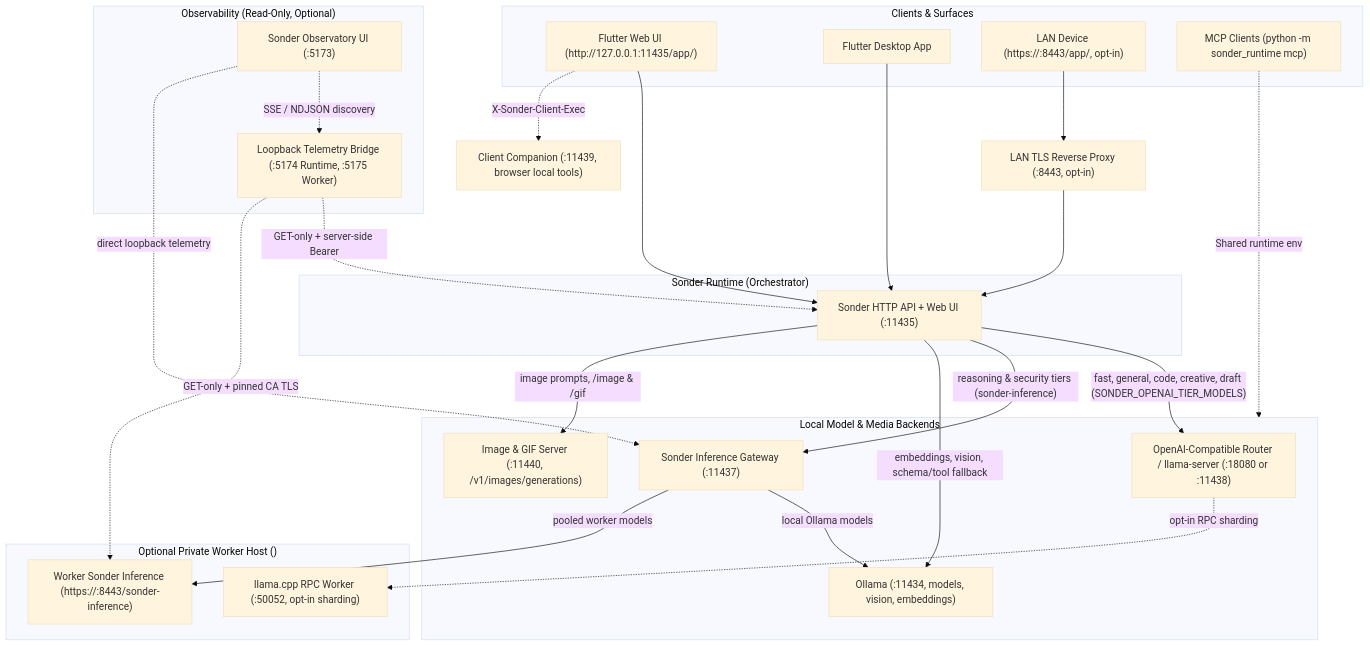
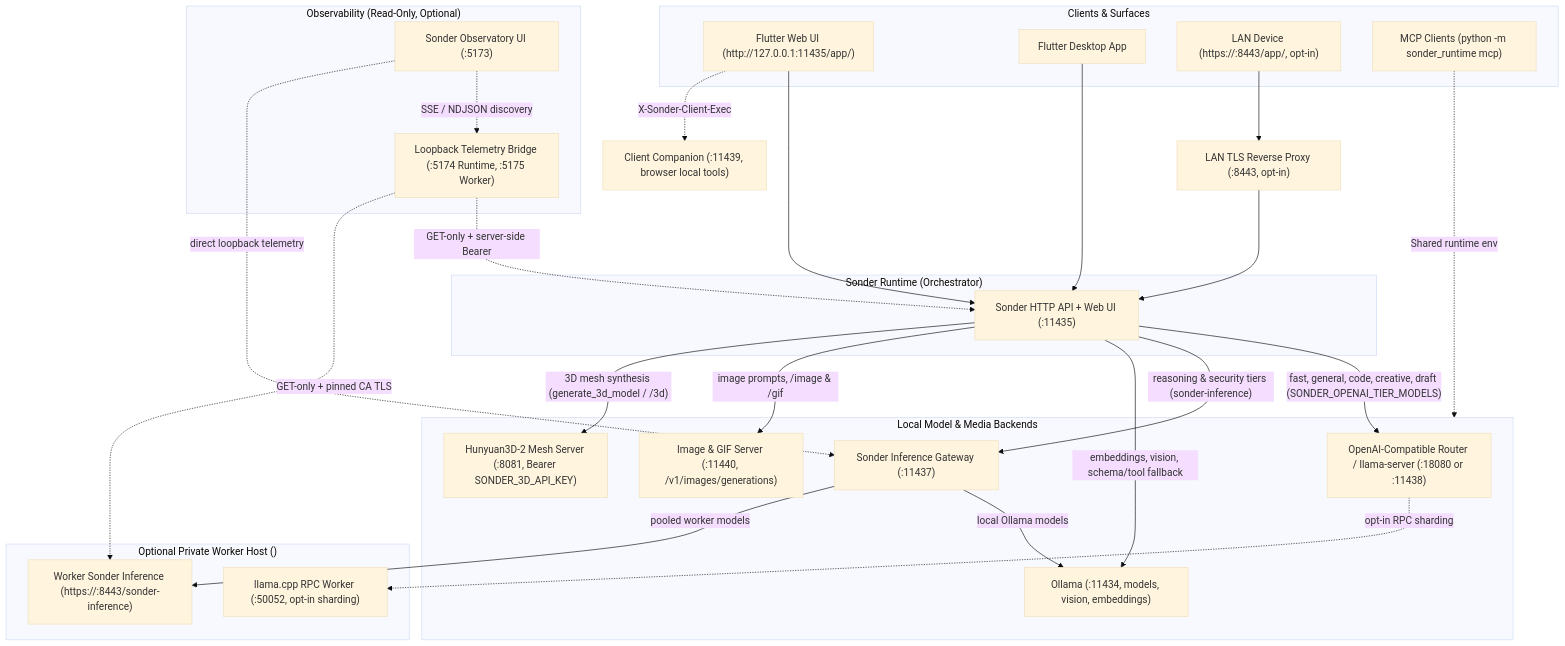
The first of 2 diagrams in docs/runbooks/local-server-stack.md (Krilliac/Sonder-runtime), drawn with Mermaid (base theme) before and after one commit. The commit also changed other lines of this file and 27 other files, not shown here.

````diff
--- a/docs/runbooks/local-server-stack.md
+++ b/docs/runbooks/local-server-stack.md
@@ -18,53 +18,55 @@
 ```mermaid
 flowchart TB
     subgraph Clients["Clients & Surfaces"]
         Web["Flutter Web UI (http://127.0.0.1:11435/app/)"]
         Desktop["Flutter Desktop App"]
         LAN["LAN Device (https://<lan-ip>:8443/app/, opt-in)"]
         MCP["MCP Clients (python -m sonder_runtime mcp)"]
     end
 
     Proxy["LAN TLS Reverse Proxy (:8443, opt-in)"]
     Companion["Client Companion (:11439, browser local tools)"]
 
     subgraph Core["Sonder Runtime (Orchestrator)"]
         API["Sonder HTTP API + Web UI (:11435)"]
     end
 
     subgraph LocalBackends["Local Model & Media Backends"]
         OpenAIRouter["OpenAI-Compatible Router / llama-server (:18080 or :11438)"]
         SonderInfer["Sonder Inference Gateway (:11437)"]
         Ollama["Ollama (:11434, models, vision, embeddings)"]
         SDServer["Image & GIF Server (:11440, /v1/images/generations)"]
+        Hunyuan3D["Hunyuan3D-2 Mesh Server (:8081, Bearer SONDER_3D_API_KEY)"]
     end
 
     subgraph Observability["Observability (Read-Only, Optional)"]
         ObsUI["Sonder Observatory UI (:5173)"]
         ObsBridge["Loopback Telemetry Bridge (:5174 Runtime, :5175 Worker)"]
     end
 
     subgraph Worker["Optional Private Worker Host (<worker-ip>)"]
         WInfer["Worker Sonder Inference (https://<worker-ip>:8443/sonder-inference)"]
         WRPC["llama.cpp RPC Worker (:50052, opt-in sharding)"]
     end
 
     LAN --> Proxy --> API
     Web --> API
     Desktop --> API
     Web -. "X-Sonder-Client-Exec" .-> Companion
     MCP -. "Shared runtime env" .-> LocalBackends
 
     API -- "fast, general, code, creative, draft (SONDER_OPENAI_TIER_MODELS)" --> OpenAIRouter
     API -- "reasoning & security tiers (sonder-inference)" --> SonderInfer
     API -- "embeddings, vision, schema/tool fallback" --> Ollama
     API -- "image prompts, /image & /gif" --> SDServer
+    API -- "3D mesh synthesis (generate_3d_model / /3d)" --> Hunyuan3D
 
     SonderInfer -- "local Ollama models" --> Ollama
     SonderInfer -- "pooled worker models" --> WInfer
     OpenAIRouter -. "opt-in RPC sharding" .-> WRPC
 
     ObsUI -. "SSE / NDJSON discovery" .-> ObsBridge
     ObsUI -. "direct loopback telemetry" .-> SonderInfer
     ObsBridge -. "GET-only + server-side Bearer" .-> API
     ObsBridge -. "GET-only + pinned CA TLS" .-> WInfer
 ```
````
